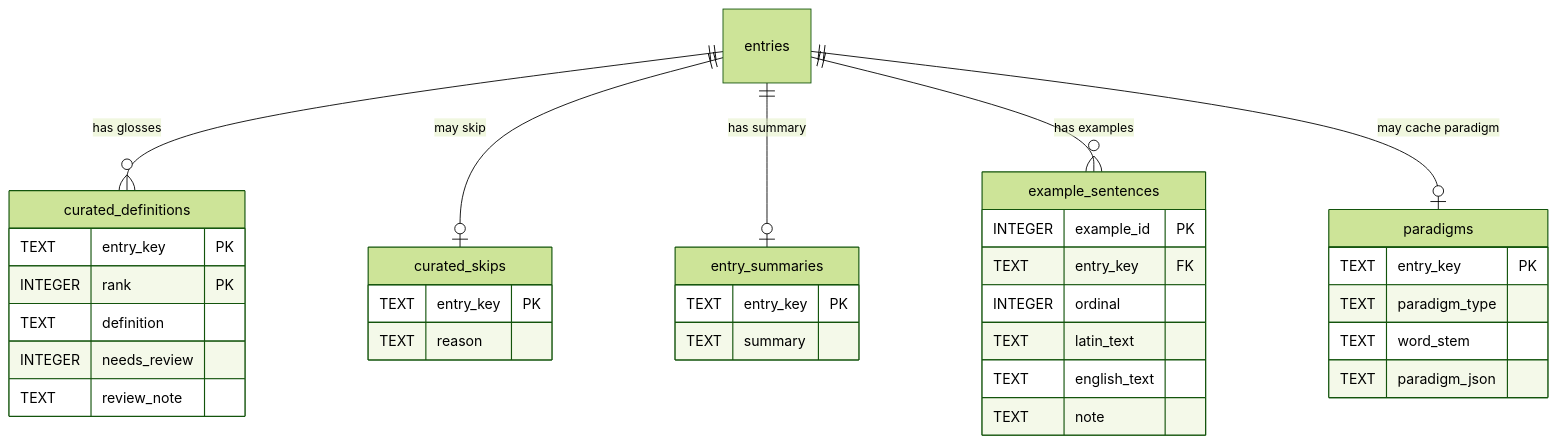
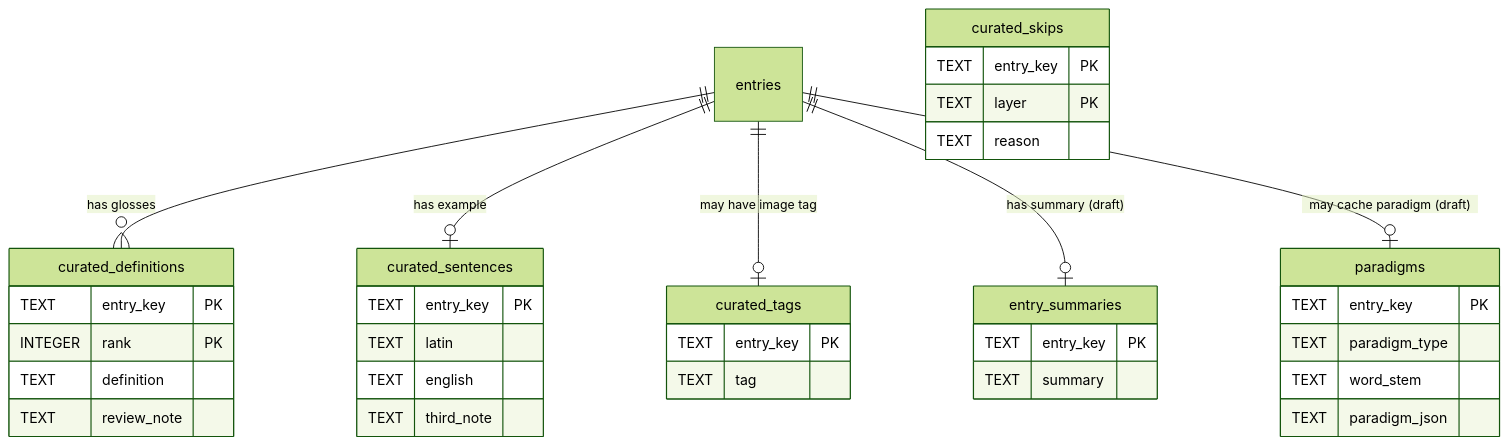
The second of 2 diagrams in schema/README.md (stevenhayes97/lewis-short-json-api), drawn with Mermaid (forest theme) before and after one commit. The commit also changed other lines of this file and 8 other files, not shown here.

First line of the commit message:
Load curated definitions, sentences and tags into the L&S database

````diff
--- a/schema/README.md
+++ b/schema/README.md
@@ -124,42 +126,45 @@
 ```mermaid
 erDiagram
     entries ||--o{ curated_definitions : "has glosses"
-    entries ||--o| curated_skips : "may skip"
-    entries ||--o| entry_summaries : "has summary"
-    entries ||--o{ example_sentences : "has examples"
-    entries ||--o| paradigms : "may cache paradigm"
+    entries ||--o| curated_sentences : "has example"
+    entries ||--o| curated_tags : "may have image tag"
+    entries ||--o| entry_summaries : "has summary (draft)"
+    entries ||--o| paradigms : "may cache paradigm (draft)"
 
     curated_definitions {
         TEXT entry_key PK
         INTEGER rank PK
         TEXT definition
-        INTEGER needs_review
         TEXT review_note
+    }
+
+    curated_sentences {
+        TEXT entry_key PK
+        TEXT latin
+        TEXT english
+        TEXT third_note
     }
 
     curated_skips {
         TEXT entry_key PK
+        TEXT layer PK
         TEXT reason
+    }
+
+    curated_tags {
+        TEXT entry_key PK
+        TEXT tag
     }
 
     entry_summaries {
         TEXT entry_key PK
         TEXT summary
-    }
-
-    example_sentences {
-        INTEGER example_id PK
-        TEXT entry_key FK
-        INTEGER ordinal
-        TEXT latin_text
-        TEXT english_text
-        TEXT note
     }
 
     paradigms {
         TEXT entry_key PK
         TEXT paradigm_type
         TEXT word_stem
         TEXT paradigm_json
     }
 ```
````
